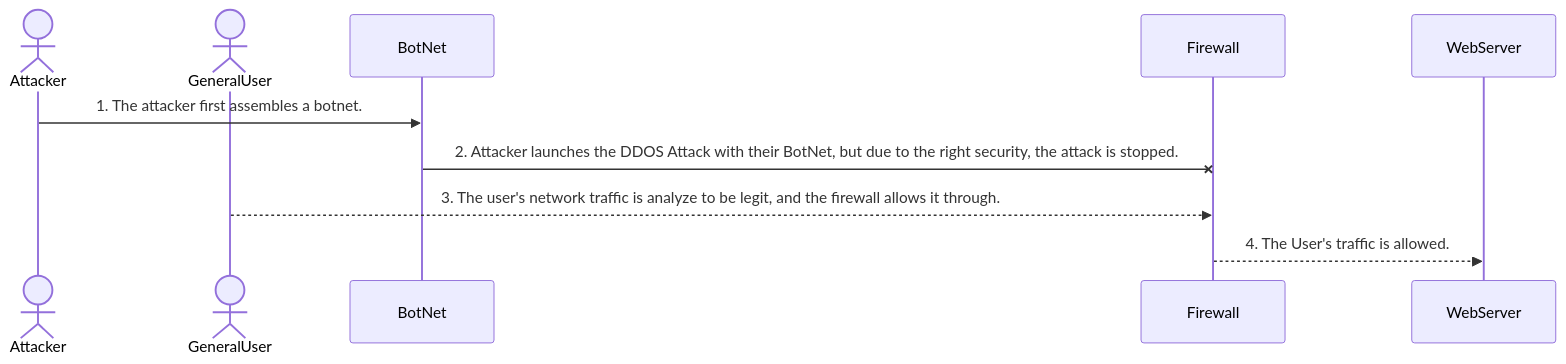
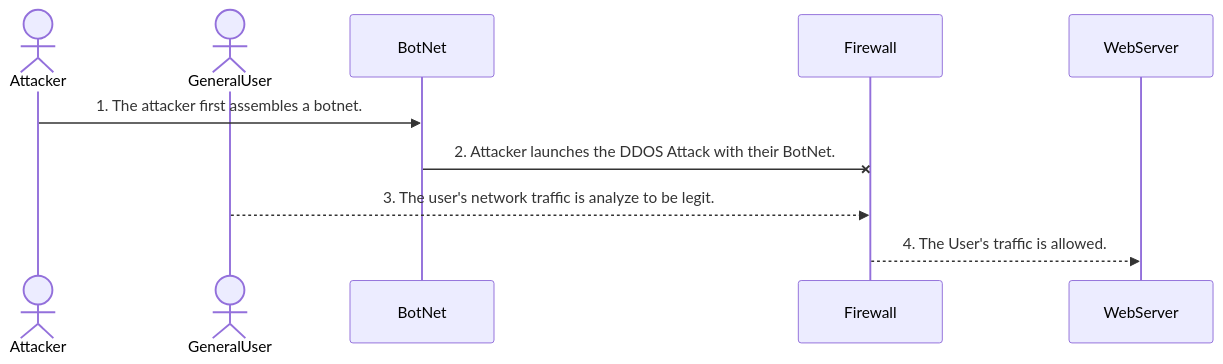
One commit to lawranger/DDoS_Attack_Sequence.md changed the second of 2 diagrams in README.md. Above: the diagram before and after it, drawn with Mermaid. The commit also changed other lines of this file, not shown here.

Commit message:
Update README.md
Made in two mermaids. Also did a better summarization

````diff
--- a/README.md
+++ b/README.md
@@ -26,13 +27,13 @@
 ```mermaid
 sequenceDiagram
 actor Attacker
 actor GeneralUser
 participant BotNet
 participant Firewall
 participant WebServer
 
 Attacker->>BotNet: 1. The attacker first assembles a botnet.
-BotNet-xFirewall: 2. Attacker launches the DDOS Attack with their BotNet, but due to the right security, the attack is stopped. 
-GeneralUser-->>Firewall: 3. The user's network traffic is analyze to be legit, and the firewall allows it through.
+BotNet-xFirewall: 2. Attacker launches the DDOS Attack with their BotNet.
+GeneralUser-->>Firewall: 3. The user's network traffic is analyze to be legit.
 Firewall-->>WebServer: 4. The User's traffic is allowed. 
 ```
````
